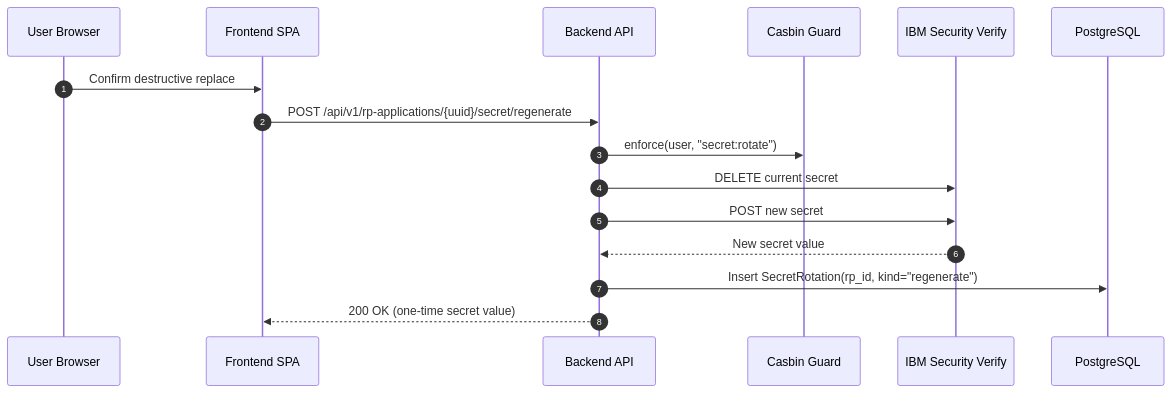
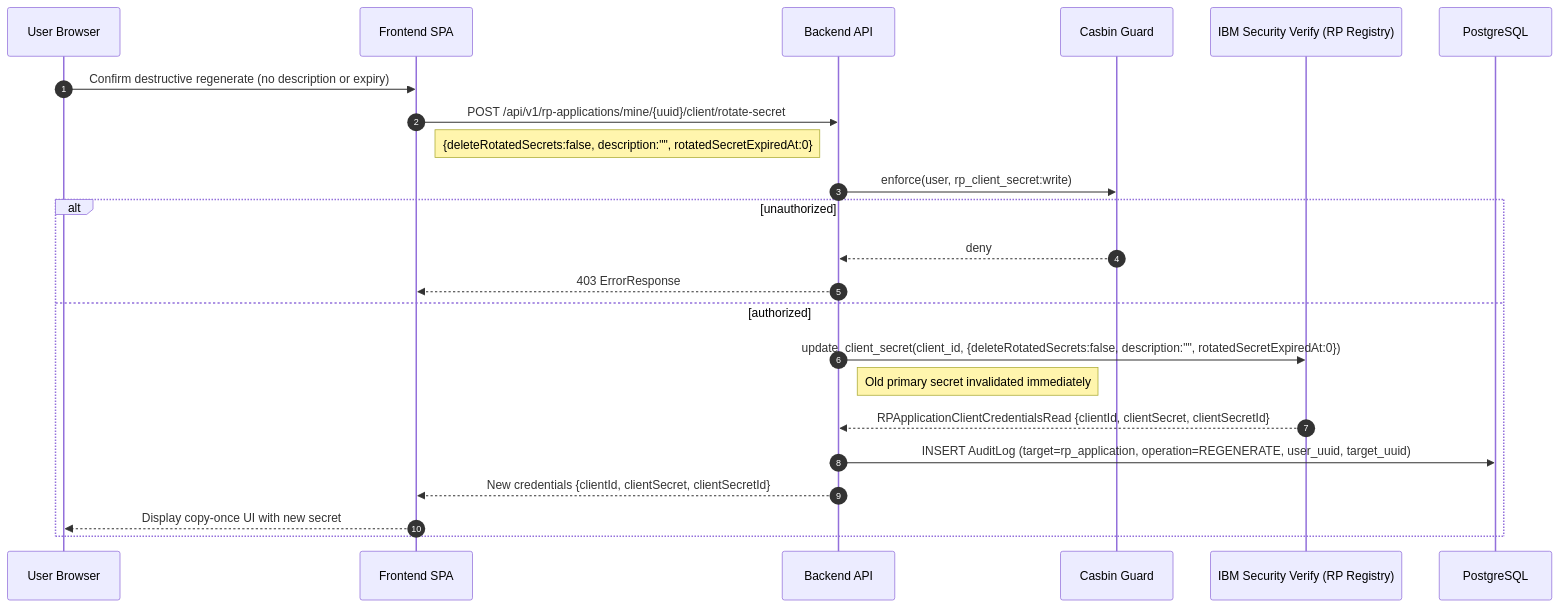
The eighth of 13 diagrams in docs/plans/partner-portal-mvp-data-flows.md (cds-snc/canadalogin-partner-portal), drawn with Mermaid before and after one commit. The commit also changed other lines of this file and 1 other file, not shown here.

Commit message:
mvp architecture doc update (#93)

````diff
--- a/docs/plans/partner-portal-mvp-data-flows.md
+++ b/docs/plans/partner-portal-mvp-data-flows.md
@@ -220,19 +224,26 @@
 ```mermaid
 sequenceDiagram
     autonumber
     participant U as User Browser
     participant FE as Frontend SPA
     participant BE as Backend API
     participant C as Casbin Guard
-    participant V as IBM Security Verify
+    participant V as IBM Security Verify (RP Registry)
     participant DB as PostgreSQL
 
-    U->>FE: Confirm destructive replace
-    FE->>BE: POST /api/v1/rp-applications/{uuid}/secret/regenerate
-    BE->>C: enforce(user, "secret:rotate")
-    BE->>V: DELETE current secret
-    BE->>V: POST new secret
-    V-->>BE: New secret value
-    BE->>DB: Insert SecretRotation(rp_id, kind="regenerate")
-    BE-->>FE: 200 OK (one-time secret value)
+    U->>FE: Confirm destructive regenerate (no description or expiry)
+    FE->>BE: POST /api/v1/rp-applications/mine/{uuid}/client/rotate-secret
+    Note right of FE: {deleteRotatedSecrets:false, description:"", rotatedSecretExpiredAt:0}
+    BE->>C: enforce(user, rp_client_secret:write)
+    alt unauthorized
+        C-->>BE: deny
+        BE-->>FE: 403 ErrorResponse
+    else authorized
+        BE->>V: update_client_secret(client_id, {deleteRotatedSecrets:false, description:"", rotatedSecretExpiredAt:0})
+        Note right of BE: Old primary secret invalidated immediately
+        V-->>BE: RPApplicationClientCredentialsRead {clientId, clientSecret, clientSecretId}
+        BE->>DB: INSERT AuditLog (target=rp_application, operation=REGENERATE, user_uuid, target_uuid)
+        BE-->>FE: New credentials {clientId, clientSecret, clientSecretId}
+        FE-->>U: Display copy-once UI with new secret
+    end
 ```
````
